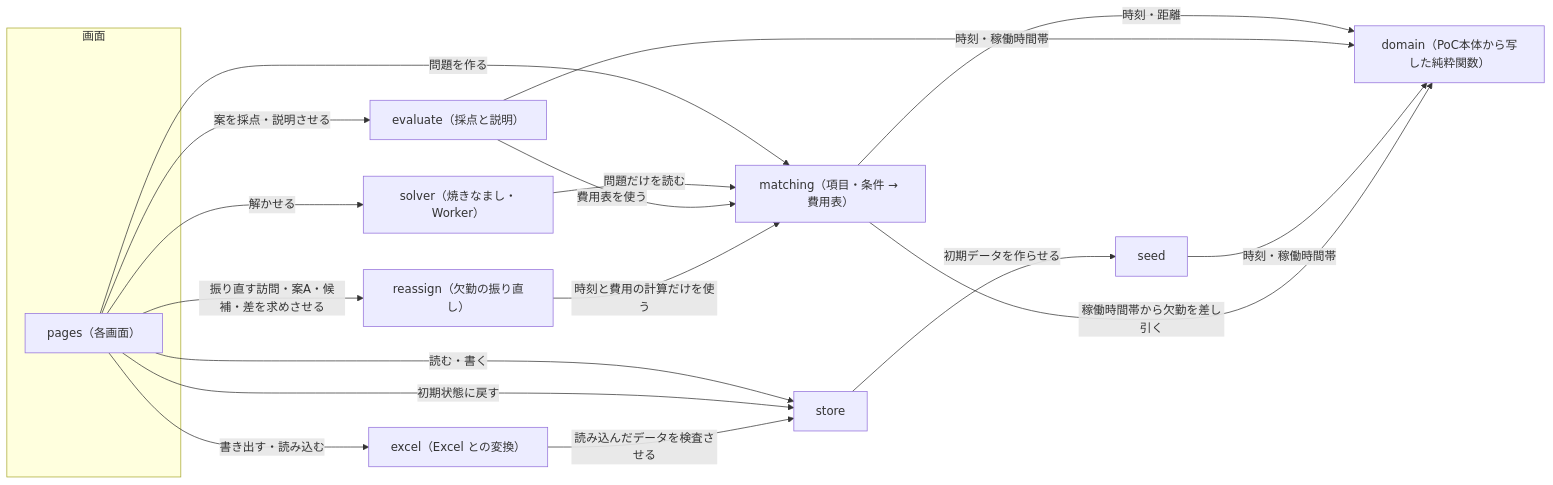
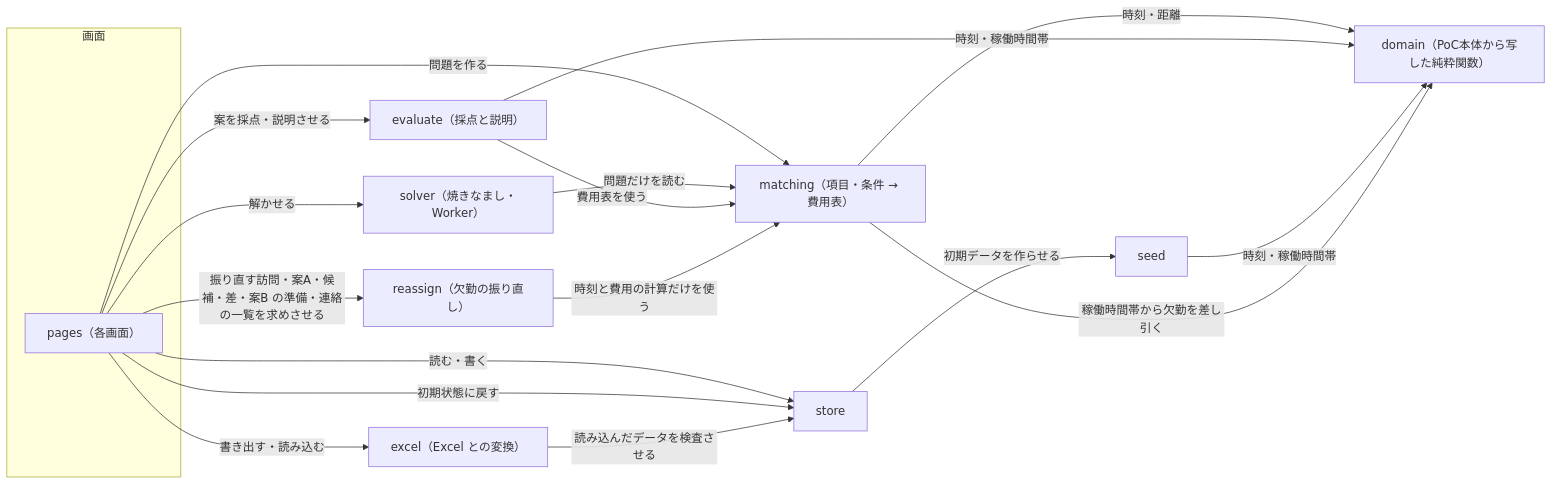
Before and after one commit to katahimo-dev/visit-route-demo: the third of 3 diagrams in docs/design.md, drawn with Mermaid. The commit also changed other lines of this file and 23 other files, not shown here.

````diff
--- a/docs/design.md
+++ b/docs/design.md
@@ -64,30 +64,30 @@
 ```mermaid
 flowchart LR
   subgraph ui["画面"]
     pages["pages（各画面）"]
   end
   store["store"]
   seed["seed"]
   domain["domain（PoC本体から写した純粋関数）"]
   matching["matching（項目・条件 → 費用表）"]
   solver["solver（焼きなまし・Worker）"]
   evaluate["evaluate（採点と説明）"]
   excel["excel（Excel との変換）"]
   reassign["reassign（欠勤の振り直し）"]
   pages -->|読む・書く| store
   pages -->|初期状態に戻す| store
   store -->|初期データを作らせる| seed
   pages -->|問題を作る| matching
   pages -->|解かせる| solver
   pages -->|案を採点・説明させる| evaluate
   matching -->|時刻・距離| domain
   solver -->|問題だけを読む| matching
   evaluate -->|費用表を使う| matching
   evaluate -->|時刻・稼働時間帯| domain
   seed -->|時刻・稼働時間帯| domain
   pages -->|書き出す・読み込む| excel
   excel -->|読み込んだデータを検査させる| store
-  pages -->|振り直す訪問・案A・候補・差を求めさせる| reassign
+  pages -->|振り直す訪問・案A・候補・差・案B の準備・連絡の一覧を求めさせる| reassign
   reassign -->|時刻と費用の計算だけを使う| matching
   matching -->|稼働時間帯から欠勤を差し引く| domain
 ```
````
